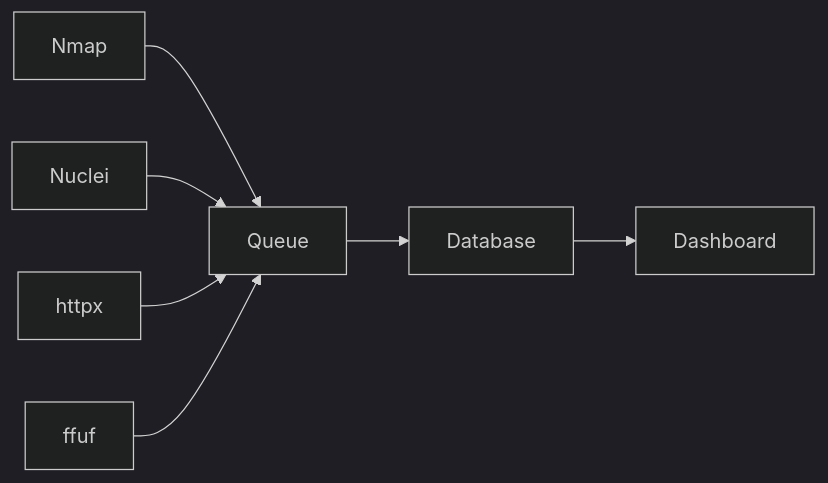
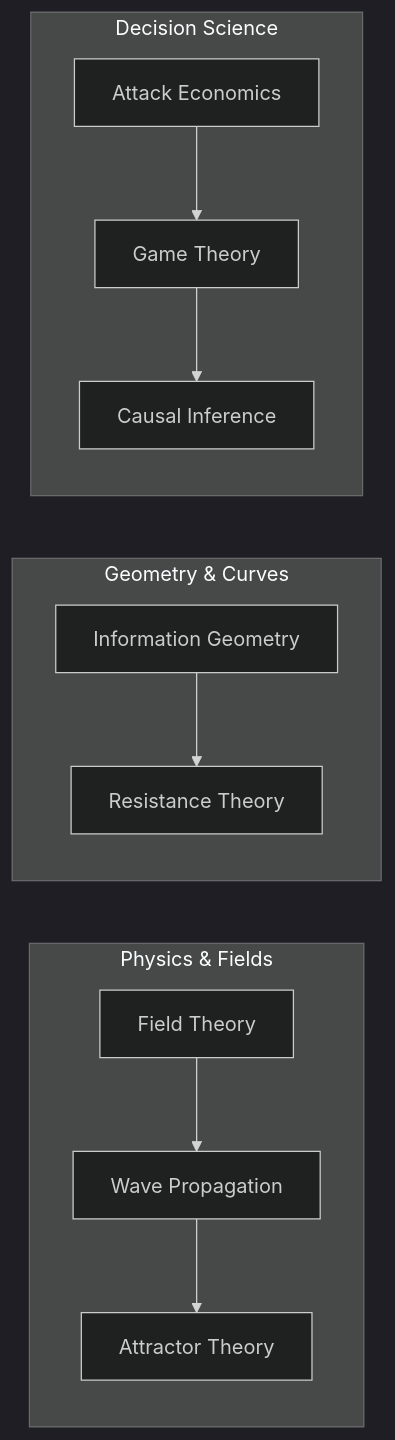
Before and after one commit to webspoilt/lattice9: the second of 2 diagrams in README.md, drawn with Mermaid (dark theme). The commit also changed other lines of this file, not shown here.

````diff
--- a/README.md
+++ b/README.md
@@ -95,9 +153,14 @@
 ```mermaid
 graph LR
-A[Nmap] --> B[Queue]
-C[Nuclei] --> B
-D[httpx] --> B
-E[ffuf] --> B
-B --> F[Database]
-F --> G[Dashboard]
+    subgraph Physics & Fields
+    F1[Field Theory] --> W1[Wave Propagation]
+    W1 --> A1[Attractor Theory]
+    end
+    subgraph Geometry & Curves
+    I1[Information Geometry] --> R1[Resistance Theory]
+    end
+    subgraph Decision Science
+    E1[Attack Economics] --> G1[Game Theory]
+    G1 --> C1[Causal Inference]
+    end
 ```
````
